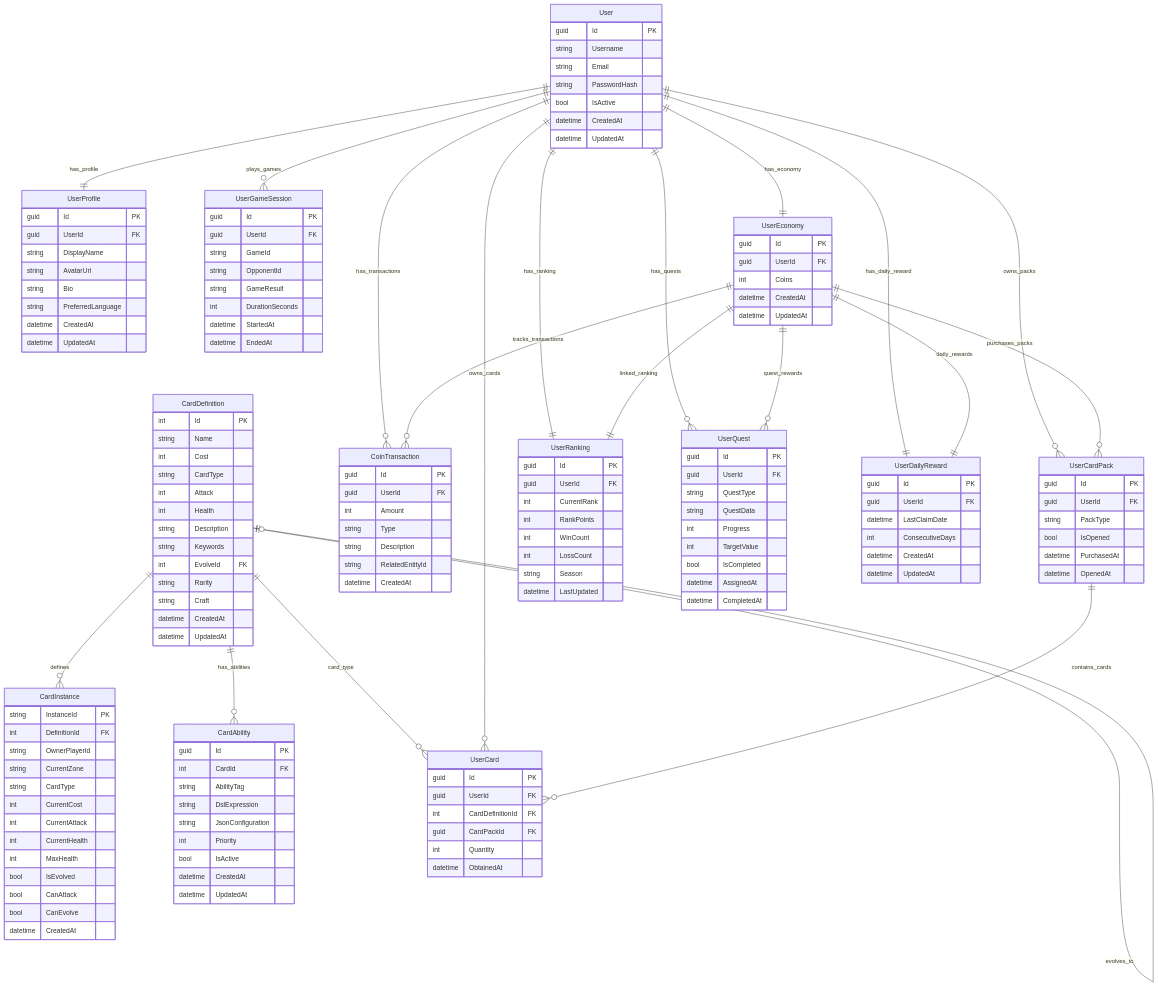
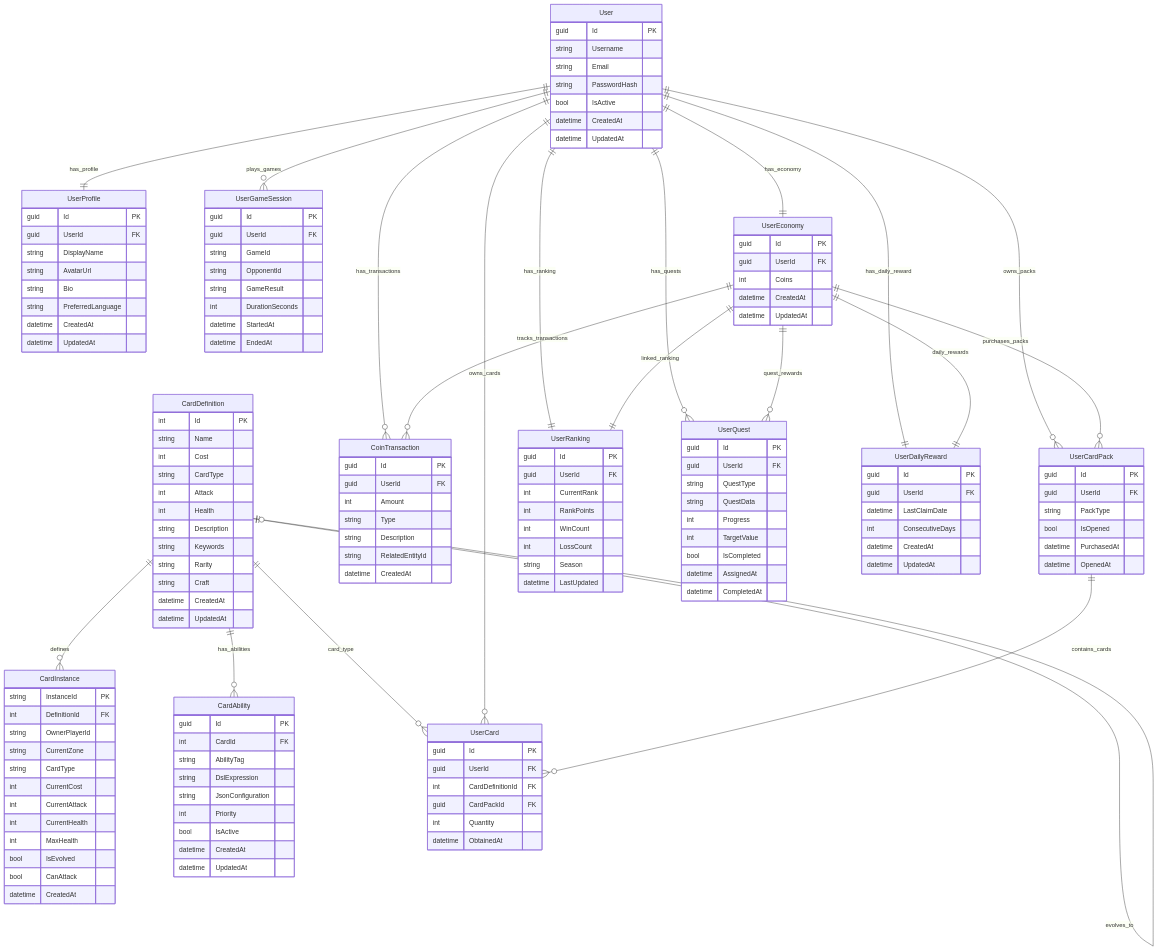
The diagram in 文档/04-数据库设计/01-实体关系图.md (M3an1ng/Shadowverse-Cloud-Beyond), drawn with Mermaid before and after one commit. The commit also changed other lines of this file and 267 other files, not shown here.

```diff
--- a/文档/04-数据库设计/01-实体关系图.md
+++ b/文档/04-数据库设计/01-实体关系图.md
@@ -34,7 +34,6 @@
         int Health
         string Description
         string Keywords
-        int EvolveId FK
         string Rarity
         string Craft
         datetime CreatedAt
@@ -53,7 +52,6 @@
         int MaxHealth
         bool IsEvolved
         bool CanAttack
-        bool CanEvolve
         datetime CreatedAt
     }
 
```
